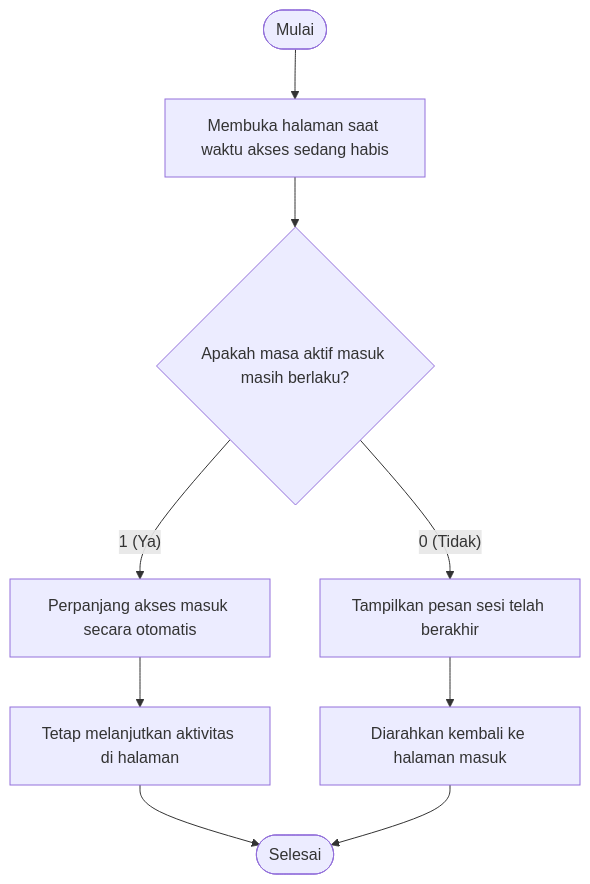
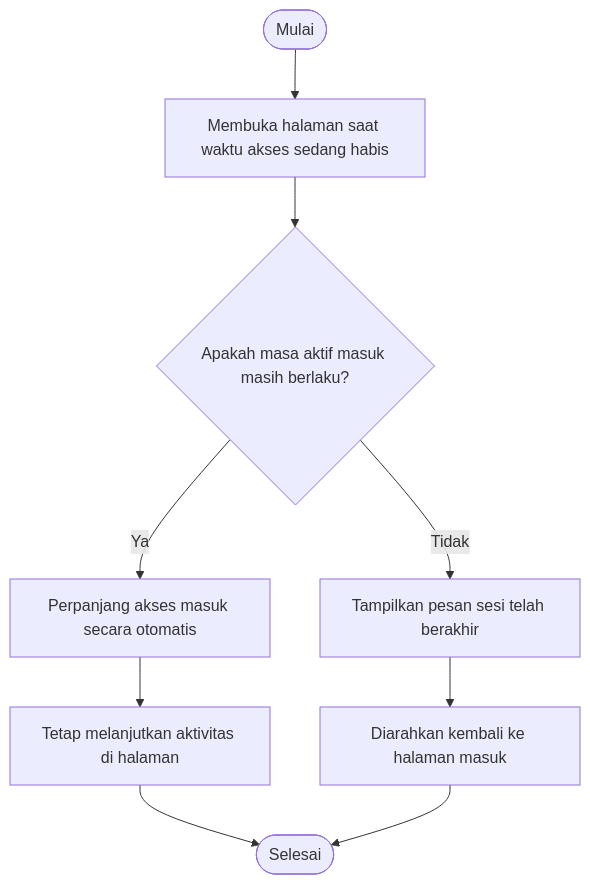
The diagram in docs/uml/src/diagrams/list-diagrams/flowchart-refresh-token.mmd (dimstyle/ruang-baca), drawn with Mermaid before and after one commit. The commit also changed 134 other files, not shown here.

Commit message:
docs(diagrams): add Chen ERD, use parallelograms for activity I/O, fix layouts, and simplify Ya/Tidak labels

```diff
--- a/docs/uml/src/diagrams/list-diagrams/flowchart-refresh-token.mmd
+++ b/docs/uml/src/diagrams/list-diagrams/flowchart-refresh-token.mmd
@@ -1,9 +1,9 @@
 flowchart TD
     start(["Mulai"]) --> openPage["Membuka halaman saat waktu akses sedang habis"]
     openPage --> checkActive{"Apakah masa aktif masuk masih berlaku?"}
-    checkActive -->|"1 (Ya)"| renewSession["Perpanjang akses masuk secara otomatis"]
+    checkActive -->|"Ya"| renewSession["Perpanjang akses masuk secara otomatis"]
     renewSession --> continueWork["Tetap melanjutkan aktivitas di halaman"]
     continueWork --> finish(["Selesai"])
-    checkActive -->|"0 (Tidak)"| warnExpired["Tampilkan pesan sesi telah berakhir"]
+    checkActive -->|"Tidak"| warnExpired["Tampilkan pesan sesi telah berakhir"]
     warnExpired --> toLogin["Diarahkan kembali ke halaman masuk"]
     toLogin --> finish
```
